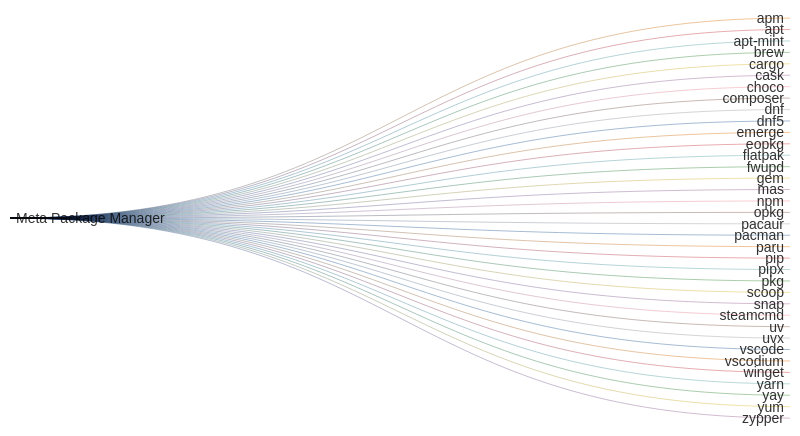
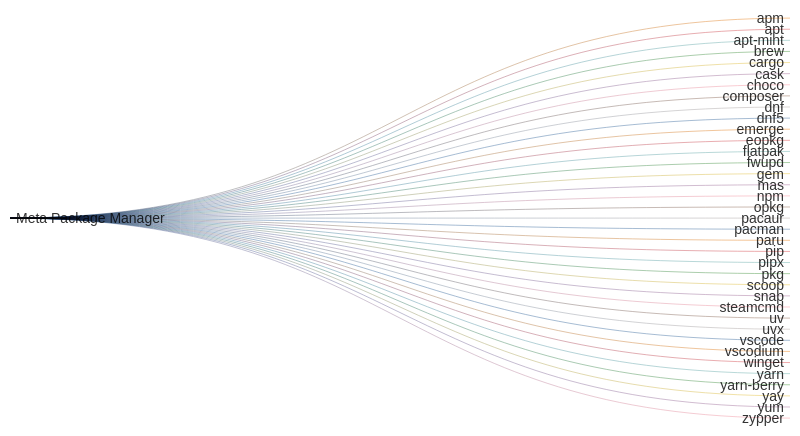
One commit to kdeldycke/meta-package-manager changed the diagram in readme.md. Above: the diagram before and after it, drawn with Mermaid. The commit also changed other lines of this file and 9 other files, not shown here.

First line of the commit message:
Add Yarn Berry (2.x+) manager with `search` and `cleanup` support

````diff
--- a/readme.md
+++ b/readme.md
@@ -70,43 +70,44 @@
 ```mermaid
 ---
 config: {"sankey": {"showValues": false, "width": 800, "height": 400}}
 ---
 sankey-beta
 
 Meta Package Manager,apm,1
 Meta Package Manager,apt,1
 Meta Package Manager,apt-mint,1
 Meta Package Manager,brew,1
 Meta Package Manager,cargo,1
 Meta Package Manager,cask,1
 Meta Package Manager,choco,1
 Meta Package Manager,composer,1
 Meta Package Manager,dnf,1
 Meta Package Manager,dnf5,1
 Meta Package Manager,emerge,1
 Meta Package Manager,eopkg,1
 Meta Package Manager,flatpak,1
 Meta Package Manager,fwupd,1
 Meta Package Manager,gem,1
 Meta Package Manager,mas,1
 Meta Package Manager,npm,1
 Meta Package Manager,opkg,1
 Meta Package Manager,pacaur,1
 Meta Package Manager,pacman,1
 Meta Package Manager,paru,1
 Meta Package Manager,pip,1
 Meta Package Manager,pipx,1
 Meta Package Manager,pkg,1
 Meta Package Manager,scoop,1
 Meta Package Manager,snap,1
 Meta Package Manager,steamcmd,1
 Meta Package Manager,uv,1
 Meta Package Manager,uvx,1
 Meta Package Manager,vscode,1
 Meta Package Manager,vscodium,1
 Meta Package Manager,winget,1
 Meta Package Manager,yarn,1
+Meta Package Manager,yarn-berry,1
 Meta Package Manager,yay,1
 Meta Package Manager,yum,1
 Meta Package Manager,zypper,1
 ```
````
